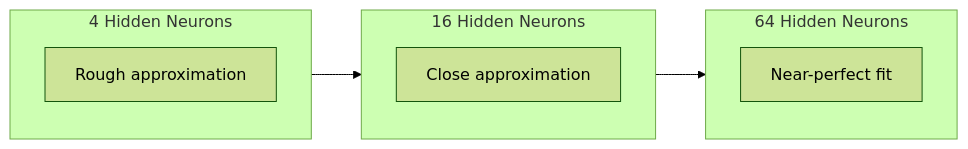
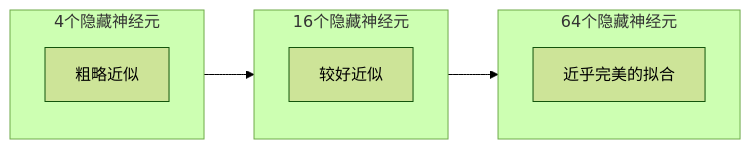
One commit to cq0206/ai-engineering-from-scratch changed the third of 3 diagrams in phases/03-deep-learning-core/02-multi-layer-networks.md. Above: the diagram before and after it, drawn with Mermaid (forest theme). The commit also changed other lines of this file and 67 other files, not shown here.

````diff
--- a/phases/03-deep-learning-core/02-multi-layer-networks.md
+++ b/phases/03-deep-learning-core/02-multi-layer-networks.md
@@ -131,13 +131,13 @@
 ```mermaid
 graph LR
-    subgraph FewNeurons["4 Hidden Neurons"]
-        A["Rough approximation"]
+    subgraph FewNeurons["4个隐藏神经元"]
+        A["粗略近似"]
     end
-    subgraph MoreNeurons["16 Hidden Neurons"]
-        B["Close approximation"]
+    subgraph MoreNeurons["16个隐藏神经元"]
+        B["较好近似"]
     end
-    subgraph ManyNeurons["64 Hidden Neurons"]
-        C["Near-perfect fit"]
+    subgraph ManyNeurons["64个隐藏神经元"]
+        C["近乎完美的拟合"]
     end
     FewNeurons --> MoreNeurons --> ManyNeurons
 ```
````
